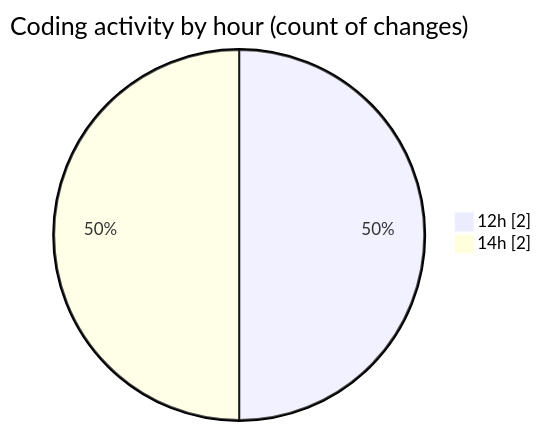
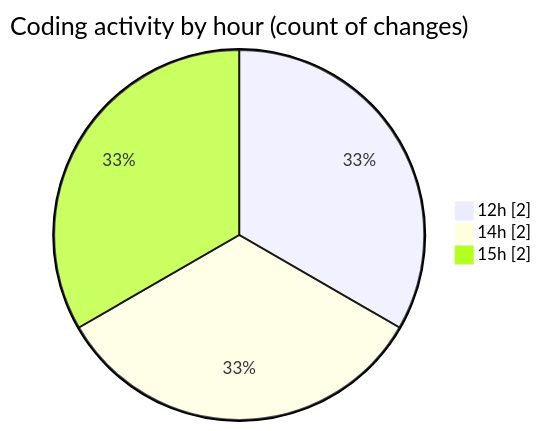
Before and after one commit to debugP/code-tracking: the second of 2 diagrams in 2026-11-10/wp-content__workspace_/README.md, drawn with Mermaid. The commit also changed other lines of this file and 1 other file, not shown here.

````diff
--- a/2026-11-10/wp-content__workspace_/README.md
+++ b/2026-11-10/wp-content__workspace_/README.md
@@ -30,6 +30,7 @@
 ```mermaid
 pie showData
 title Coding activity by hour (count of changes)
 "12h" : 2
 "14h" : 2
+"15h" : 2
 ```
````
